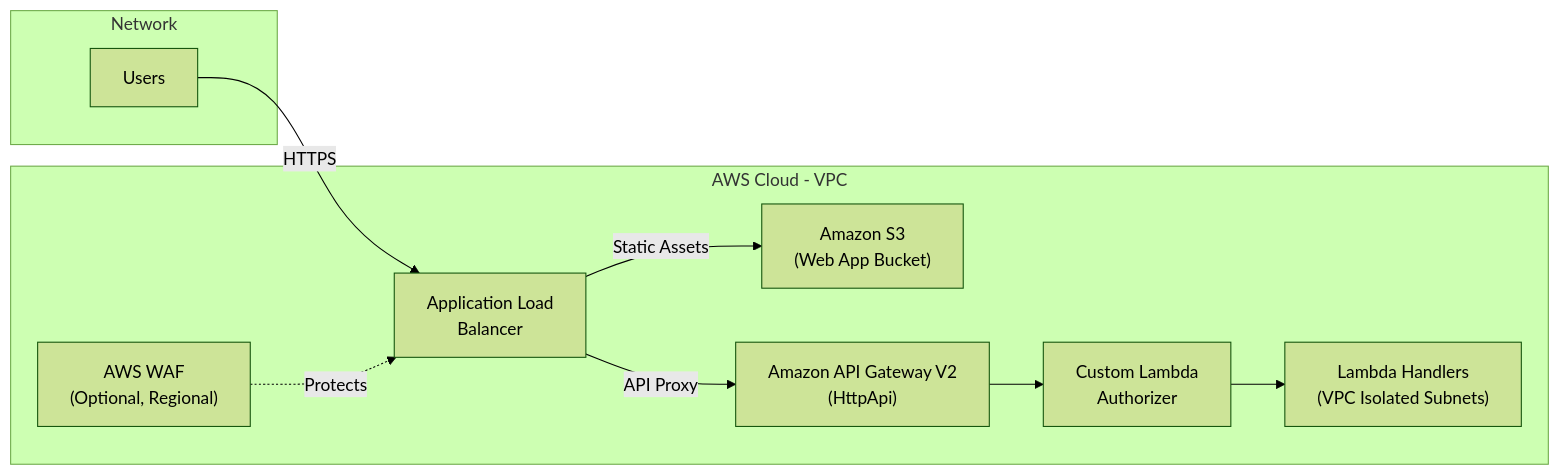
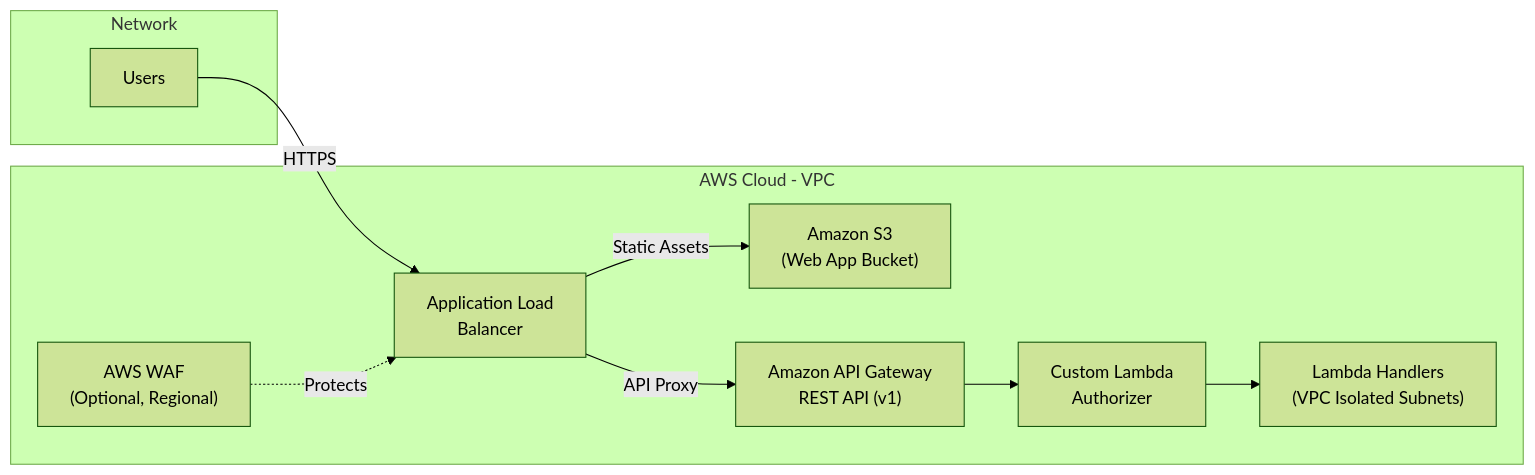
One commit to awslabs/visual-asset-management-system changed the second of 3 diagrams in documentation/docusaurus-site/docs/architecture/networking.md. Above: the diagram before and after it, drawn with Mermaid (forest theme). The commit also changed other lines of this file and 115 other files, not shown here.

Commit message:
Convert to REST API from HTTP API, Fix many bugs

````diff
--- a/documentation/docusaurus-site/docs/architecture/networking.md
+++ b/documentation/docusaurus-site/docs/architecture/networking.md
@@ -47,22 +48,22 @@
 ```mermaid
 graph LR
     subgraph Network
         USER["Users"]
     end
 
     subgraph AWS Cloud - VPC
         ALB["Application Load<br/>Balancer"]
         WAF["AWS WAF<br/>(Optional, Regional)"]
         S3W["Amazon S3<br/>(Web App Bucket)"]
-        APIGW["Amazon API Gateway V2<br/>(HttpApi)"]
+        APIGW["Amazon API Gateway<br/>REST API (v1)"]
         AUTH["Custom Lambda<br/>Authorizer"]
         HANDLERS["Lambda Handlers<br/>(VPC Isolated Subnets)"]
     end
 
     USER -->|HTTPS| ALB
     WAF -.->|Protects| ALB
     ALB -->|Static Assets| S3W
     ALB -->|API Proxy| APIGW
     APIGW --> AUTH
     AUTH --> HANDLERS
 ```
````
